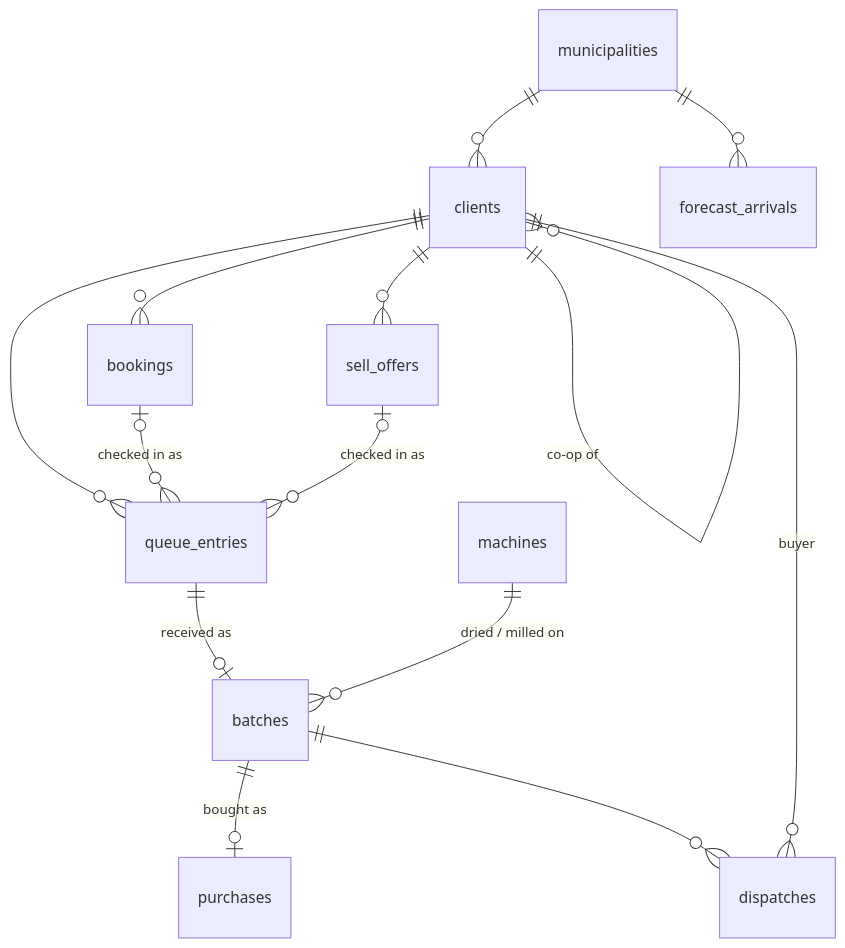
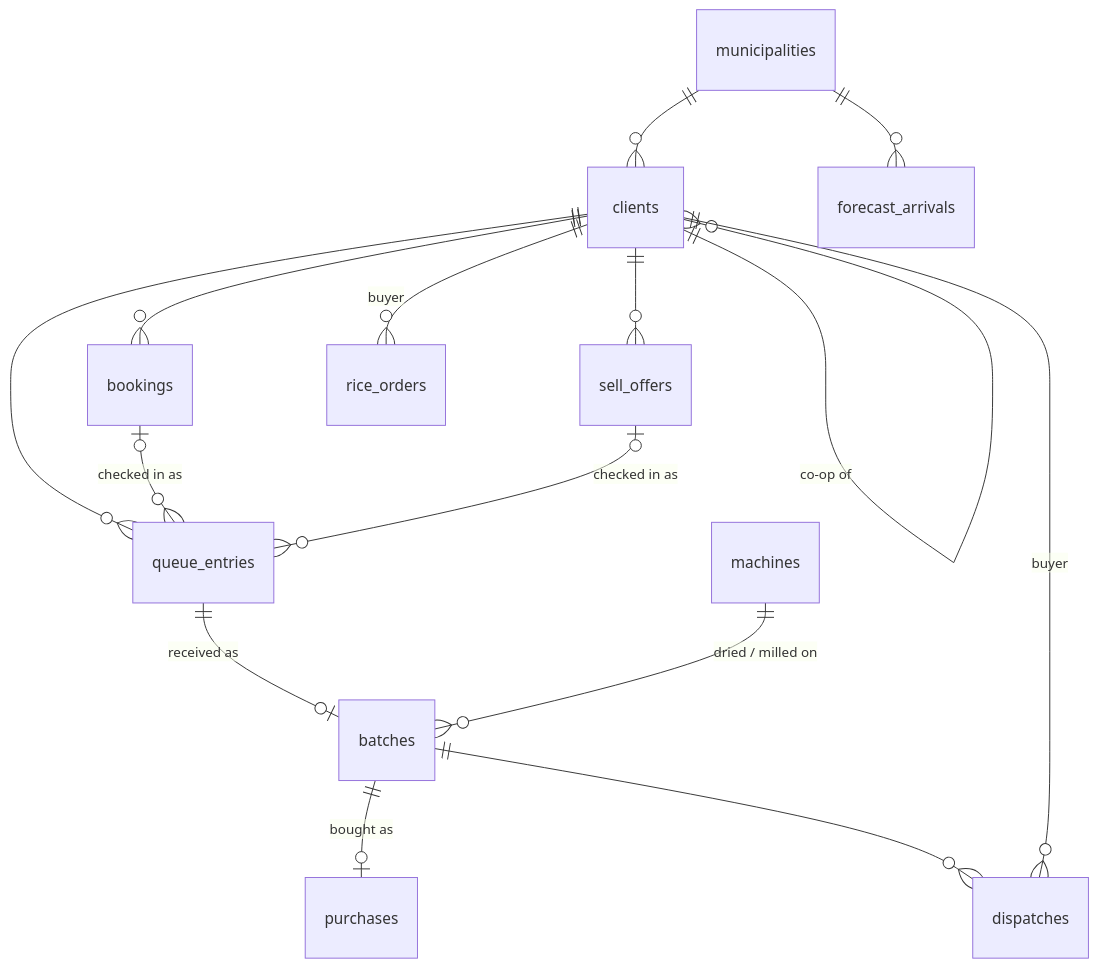
The second of 4 diagrams in TRD.md (andrianllmm/hack-iloilo), drawn with Mermaid before and after one commit. The commit also changed other lines of this file and 1 other file, not shown here.

Commit message:
docs: document Rice Buying in the TRD

````diff
--- a/TRD.md
+++ b/TRD.md
@@ -113,16 +113,17 @@
 ```mermaid
 erDiagram
   clients ||--o{ clients : "co-op of"
   municipalities ||--o{ clients : ""
   clients ||--o{ bookings : ""
   clients ||--o{ queue_entries : ""
   clients ||--o{ sell_offers : ""
+  clients ||--o{ rice_orders : "buyer"
   bookings |o--o{ queue_entries : "checked in as"
   sell_offers |o--o{ queue_entries : "checked in as"
   batches ||--o| purchases : "bought as"
   queue_entries ||--o| batches : "received as"
   machines ||--o{ batches : "dried / milled on"
   batches ||--o{ dispatches : ""
   clients ||--o{ dispatches : "buyer"
   municipalities ||--o{ forecast_arrivals : ""
 ```
````
